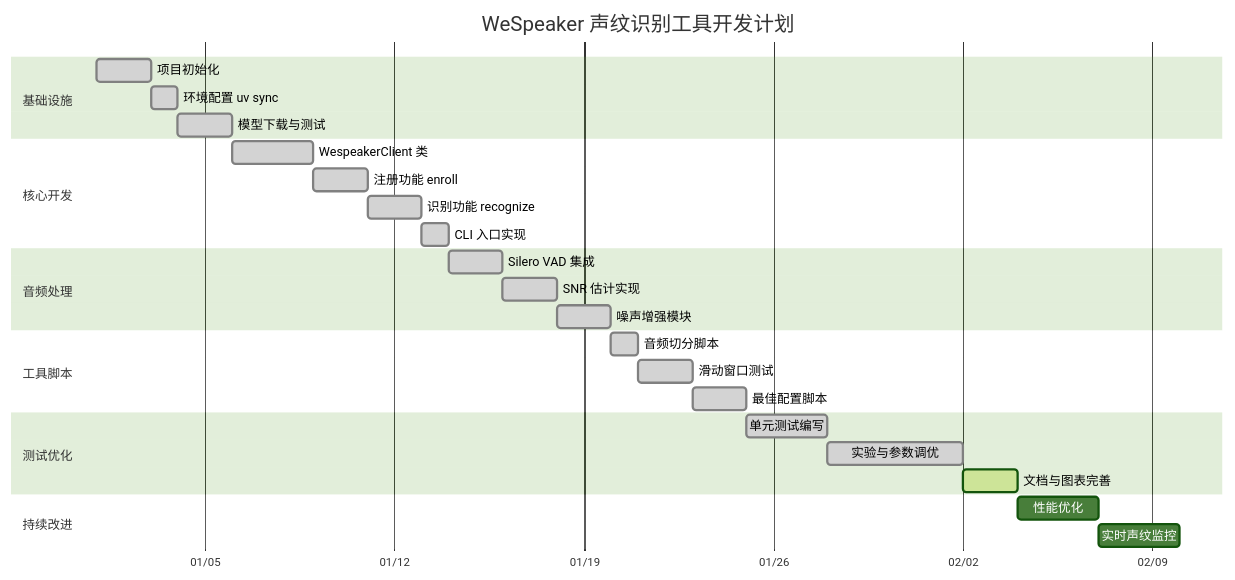
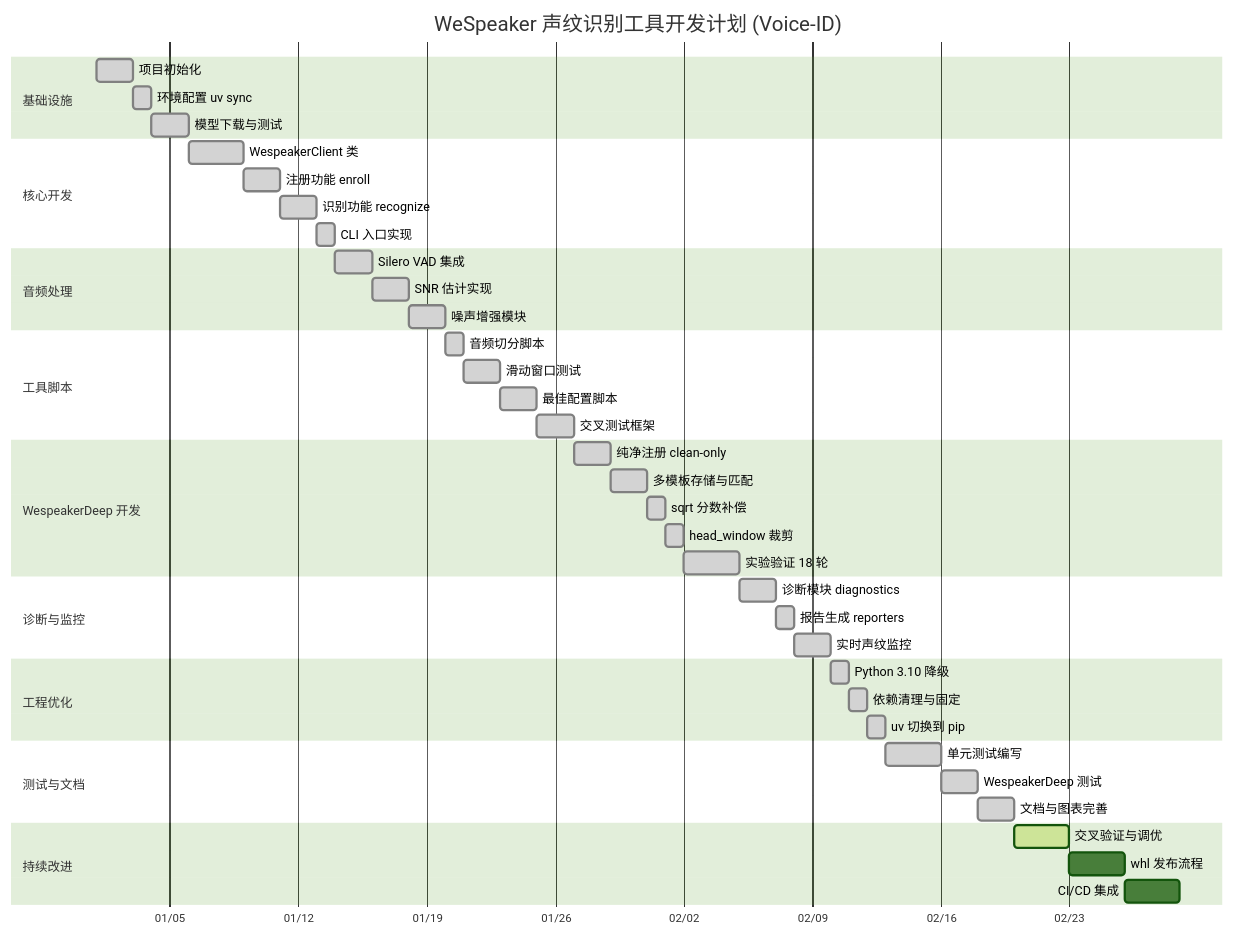
One commit to deepedge-ai-tech/voice-id changed the diagram in docs/diagrams/roadmap.md. Above: the diagram before and after it, drawn with Mermaid (forest theme). The commit also changed 16 other files, not shown here.

First line of the commit message:
refactor: enhance architecture and data flow diagrams for WespeakerDeep

````diff
--- a/docs/diagrams/roadmap.md
+++ b/docs/diagrams/roadmap.md
@@ -3,36 +3,55 @@
 ```mermaid
 gantt
-    title WeSpeaker 声纹识别工具开发计划
+    title WeSpeaker 声纹识别工具开发计划 (Voice-ID)
     dateFormat  YYYY-MM-DD
     axisFormat  %m/%d
 
     section 基础设施
-    项目初始化           :done,    init,      2025-01-01, 2d
-    环境配置 uv sync     :done,    env,       after init, 1d
-    模型下载与测试       :done,    model,     after env, 2d
+    项目初始化               :done,    init,      2025-01-01, 2d
+    环境配置 uv sync         :done,    env,       after init, 1d
+    模型下载与测试           :done,    model,     after env, 2d
 
     section 核心开发
-    WespeakerClient 类   :done,    client,    after model, 3d
-    注册功能 enroll      :done,    enroll,    after client, 2d
-    识别功能 recognize   :done,    recognize, after enroll, 2d
-    CLI 入口实现         :done,    cli,       after recognize, 1d
+    WespeakerClient 类       :done,    client,    after model, 3d
+    注册功能 enroll          :done,    enroll,    after client, 2d
+    识别功能 recognize       :done,    recognize, after enroll, 2d
+    CLI 入口实现             :done,    cli,       after recognize, 1d
 
     section 音频处理
-    Silero VAD 集成      :done,    vad,       after cli, 2d
-    SNR 估计实现         :done,    snr,       after vad, 2d
-    噪声增强模块         :done,    augment,   after snr, 2d
+    Silero VAD 集成          :done,    vad,       after cli, 2d
+    SNR 估计实现             :done,    snr,       after vad, 2d
+    噪声增强模块             :done,    augment,   after snr, 2d
 
     section 工具脚本
-    音频切分脚本         :done,    split,     after augment, 1d
-    滑动窗口测试         :done,    sliding,   after split, 2d
-    最佳配置脚本         :done,    best,      after sliding, 2d
+    音频切分脚本             :done,    split,     after augment, 1d
+    滑动窗口测试             :done,    sliding,   after split, 2d
+    最佳配置脚本             :done,    best,      after sliding, 2d
+    交叉测试框架             :done,    cross,     after best, 2d
 
-    section 测试优化
-    单元测试编写         :done,    test,      after best, 3d
-    实验与参数调优       :done,    exp,       after test, 5d
-    文档与图表完善       :active,  doc,       after exp, 2d
+    section WespeakerDeep 开发
+    纯净注册 clean-only      :done,    clean,     after cross, 2d
+    多模板存储与匹配         :done,    multi,     after clean, 2d
+    sqrt 分数补偿            :done,    sqrt,      after multi, 1d
+    head_window 裁剪         :done,    head,      after sqrt, 1d
+    实验验证 18 轮           :done,    exp18,     after head, 3d
+
+    section 诊断与监控
+    诊断模块 diagnostics     :done,    diag,      after exp18, 2d
+    报告生成 reporters       :done,    report,    after diag, 1d
+    实时声纹监控             :done,    rt,        after report, 2d
+
+    section 工程优化
+    Python 3.10 降级         :done,    py310,     after rt, 1d
+    依赖清理与固定           :done,    deps,      after py310, 1d
+    uv 切换到 pip            :done,    uv,        after deps, 1d
+
+    section 测试与文档
+    单元测试编写             :done,    test,      after uv, 3d
+    WespeakerDeep 测试       :done,    dtest,     after test, 2d
+    文档与图表完善           :done,    doc,       after dtest, 2d
 
     section 持续改进
-    性能优化            :         perf,      after doc, 3d
-    实时声纹监控        :         realtime,  after perf, 3d
+    交叉验证与调优           :active,  cv,        after doc, 3d
+    whl 发布流程             :         whl,       after cv, 3d
+    CI/CD 集成               :         cicd,      after whl, 3d
 ```
````
